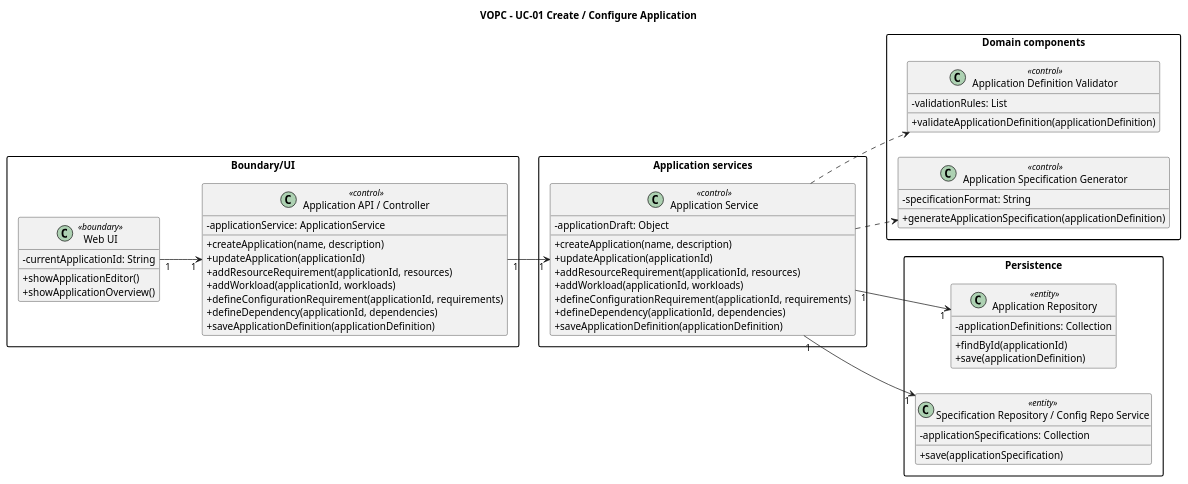
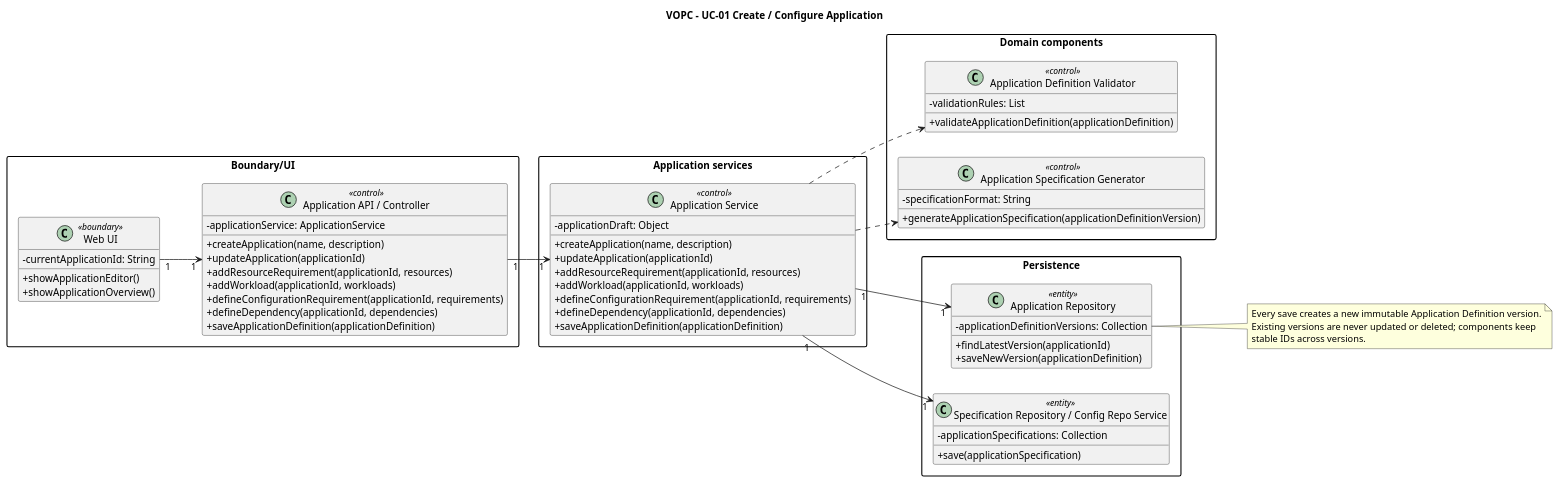
The diagram in 01_vopc_design_class_diagram/vopc_uc01.puml (pr3s3nt/final_idp), drawn with PlantUML before and after one commit. The commit also changed 5 other files, not shown here.

First line of the commit message:
Sửa VOPC / design class diagram theo vấn đề 2, 3, 5, 10

```diff
--- a/01_vopc_design_class_diagram/vopc_uc01.puml
+++ b/01_vopc_design_class_diagram/vopc_uc01.puml
@@ -1,70 +1,76 @@
 @startuml
 title VOPC - UC-01 Create / Configure Application
 
 left to right direction
 skinparam packageStyle rectangle
 skinparam classAttributeIconSize 0
 hide empty members
 
 package "Boundary/UI" {
   class "Web UI" as WebUI <<boundary>> {
     -currentApplicationId: String
     +showApplicationEditor()
     +showApplicationOverview()
   }
   class "Application API / Controller" as ApplicationAPI <<control>> {
     -applicationService: ApplicationService
     +createApplication(name, description)
     +updateApplication(applicationId)
     +addResourceRequirement(applicationId, resources)
     +addWorkload(applicationId, workloads)
     +defineConfigurationRequirement(applicationId, requirements)
     +defineDependency(applicationId, dependencies)
     +saveApplicationDefinition(applicationDefinition)
   }
 }
 
 package "Application services" {
   class "Application Service" as ApplicationService <<control>> {
     -applicationDraft: Object
     +createApplication(name, description)
     +updateApplication(applicationId)
     +addResourceRequirement(applicationId, resources)
     +addWorkload(applicationId, workloads)
     +defineConfigurationRequirement(applicationId, requirements)
     +defineDependency(applicationId, dependencies)
     +saveApplicationDefinition(applicationDefinition)
   }
 }
 
 package "Domain components" {
   class "Application Definition Validator" as Validator <<control>> {
     -validationRules: List
     +validateApplicationDefinition(applicationDefinition)
   }
   class "Application Specification Generator" as SpecGenerator <<control>> {
     -specificationFormat: String
-    +generateApplicationSpecification(applicationDefinition)
+    +generateApplicationSpecification(applicationDefinitionVersion)
   }
 }
 
 package "Persistence" {
   class "Application Repository" as AppRepo <<entity>> {
-    -applicationDefinitions: Collection
-    +findById(applicationId)
-    +save(applicationDefinition)
+    -applicationDefinitionVersions: Collection
+    +findLatestVersion(applicationId)
+    +saveNewVersion(applicationDefinition)
   }
   class "Specification Repository / Config Repo Service" as SpecRepo <<entity>> {
     -applicationSpecifications: Collection
     +save(applicationSpecification)
   }
 }
 
 WebUI "1" --> "1" ApplicationAPI
 ApplicationAPI "1" --> "1" ApplicationService
 ApplicationService ..> Validator
 ApplicationService "1" --> "1" AppRepo
 ApplicationService ..> SpecGenerator
 ApplicationService "1" --> "1" SpecRepo
 
+note right of AppRepo
+  Every save creates a new immutable Application Definition version.
+  Existing versions are never updated or deleted; components keep
+  stable IDs across versions.
+end note
+
 @enduml
```
